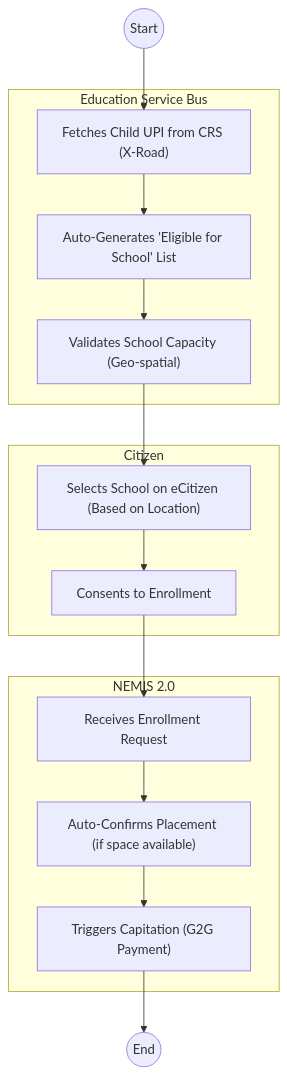
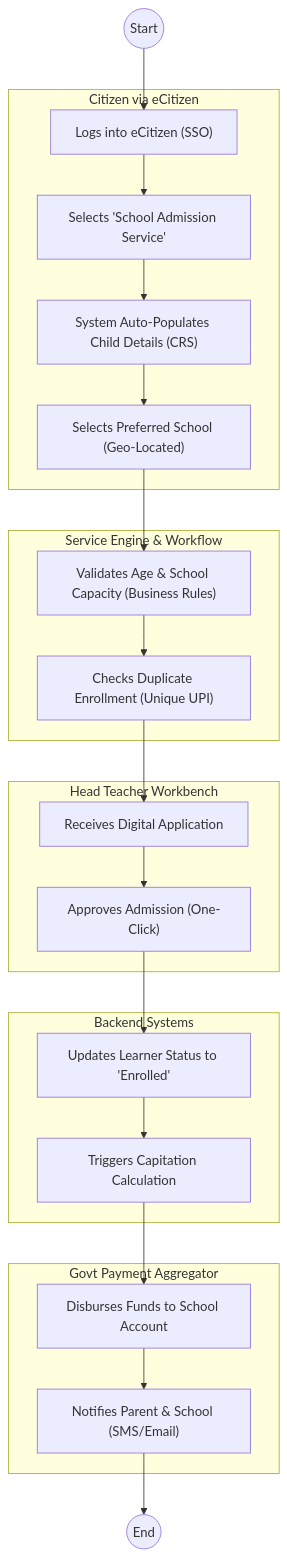
The second of 2 diagrams in mdas/docs_final/Ministry_of_Education___Service_Delivery.md (BITZ-IT-Consulting-LTD/ictapoc), drawn with Mermaid before and after one commit. The commit also changed other lines of this file, not shown here.

````diff
--- a/mdas/docs_final/Ministry_of_Education___Service_Delivery.md
+++ b/mdas/docs_final/Ministry_of_Education___Service_Delivery.md
@@ -114,27 +119,39 @@
 ```mermaid
 graph TD
     Start((Start)) --> S1
-    subgraph WoG_Platform [Education Service Bus]
-        S1["Fetches Child UPI from CRS (X-Road)"]
-        S2["Auto-Generates 'Eligible for School' List"]
-        S3["Validates School Capacity (Geo-spatial)"]
+    subgraph Parent [Citizen via eCitizen]
+        S1["Logs into eCitizen (SSO)"]
+        S2["Selects 'School Admission Service'"]
+        S3["System Auto-Populates Child Details (CRS)"]
+        S4["Selects Preferred School (Geo-Located)"]
     end
-    subgraph Parent [Citizen]
-        S4["Selects School on eCitizen (Based on Location)"]
-        S5["Consents to Enrollment"]
+    subgraph WoG_Platform [Service Engine & Workflow]
+        S5["Validates Age & School Capacity (Business Rules)"]
+        S6["Checks Duplicate Enrollment (Unique UPI)"]
     end
-    subgraph School_System [NEMIS 2.0]
-        S6["Receives Enrollment Request"]
-        S7["Auto-Confirms Placement (if space available)"]
-        S8["Triggers Capitation (G2G Payment)"]
+    subgraph School [Head Teacher Workbench]
+        S7["Receives Digital Application"]
+        S8["Approves Admission (One-Click)"]
+    end
+    subgraph NEMIS_Core [Backend Systems]
+        S9["Updates Learner Status to 'Enrolled'"]
+        S10["Triggers Capitation Calculation"]
+    end
+    subgraph Payments [Govt Payment Aggregator]
+        S11["Disburses Funds to School Account"]
+        S12["Notifies Parent & School (SMS/Email)"]
     end
     
     S1 --> S2
     S2 --> S3
     S3 --> S4
     S4 --> S5
     S5 --> S6
     S6 --> S7
     S7 --> S8
-    S8 --> End((End))
+    S8 --> S9
+    S9 --> S10
+    S10 --> S11
+    S11 --> S12
+    S12 --> End((End))
 ```
````
